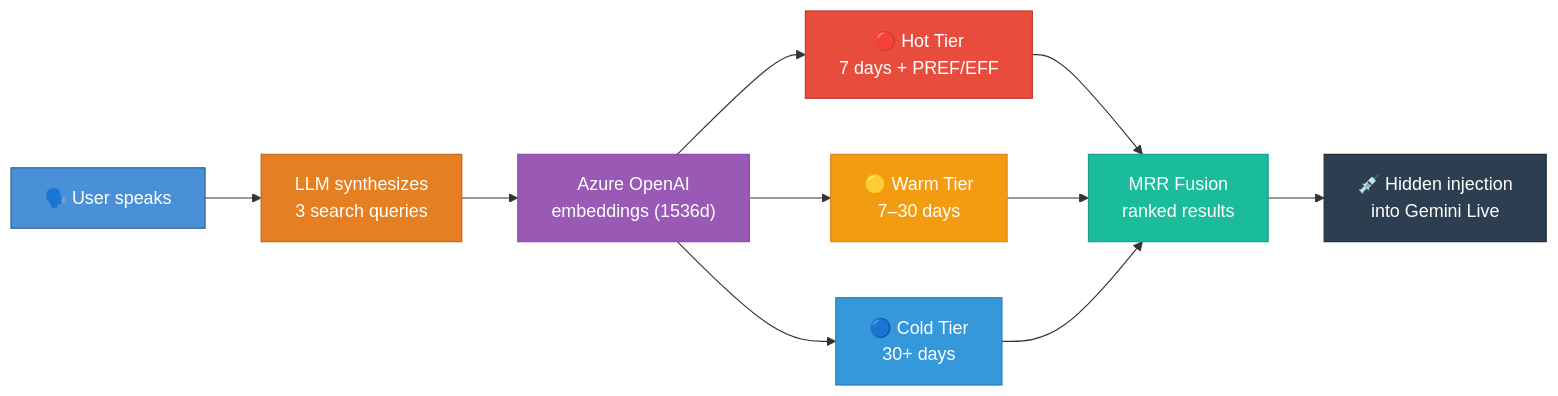
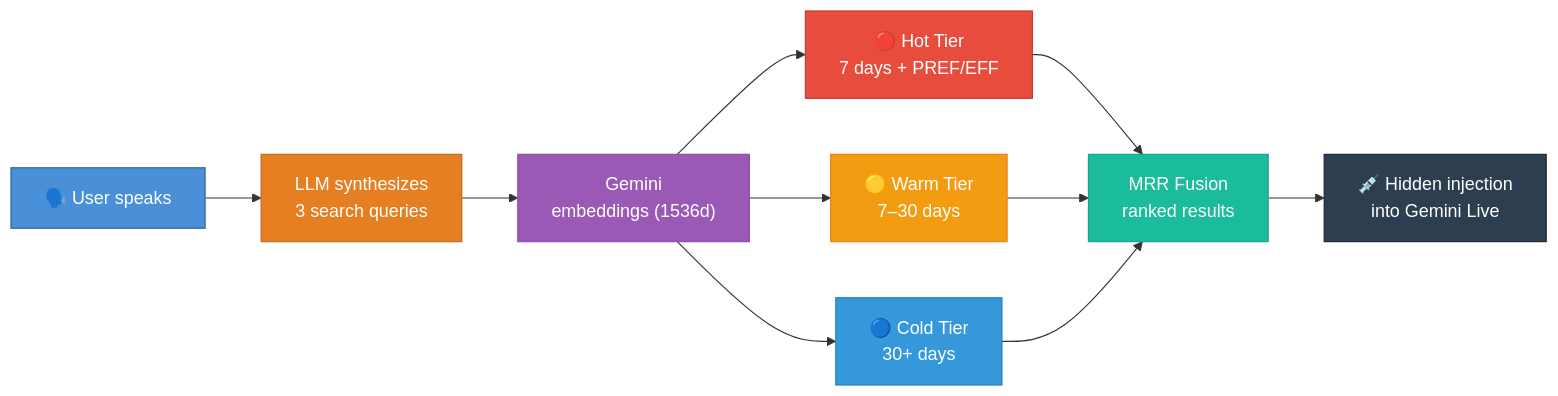
Before and after one commit to sylmmhy/Lumi: the third of 3 diagrams in README.md, drawn with Mermaid. The commit also changed other lines of this file, not shown here.

Commit message:
Update README for Gemini text and embedding model names

````diff
--- a/README.md
+++ b/README.md
@@ -99,21 +99,21 @@
 ```mermaid
 flowchart LR
     SPEAK["🗣️ User speaks"] --> SYNTH["LLM synthesizes<br/>3 search queries"]
-    SYNTH --> EMBED["Azure OpenAI<br/>embeddings (1536d)"]
+    SYNTH --> EMBED["Gemini<br/>embeddings (1536d)"]
     EMBED --> HOT["🔴 Hot Tier<br/>7 days + PREF/EFF"]
     EMBED --> WARM["🟡 Warm Tier<br/>7–30 days"]
     EMBED --> COLD["🔵 Cold Tier<br/>30+ days"]
     HOT --> MRR["MRR Fusion<br/>ranked results"]
     WARM --> MRR
     COLD --> MRR
     MRR --> INJECT["💉 Hidden injection<br/>into Gemini Live"]
 
     style SPEAK fill:#4A90D9,stroke:#2C5F8A,color:#fff
     style SYNTH fill:#E67E22,stroke:#C0651A,color:#fff
     style EMBED fill:#9B59B6,stroke:#8E44AD,color:#fff
     style HOT fill:#E74C3C,stroke:#C0392B,color:#fff
     style WARM fill:#F39C12,stroke:#E67E22,color:#fff
     style COLD fill:#3498DB,stroke:#2980B9,color:#fff
     style MRR fill:#1ABC9C,stroke:#16A085,color:#fff
     style INJECT fill:#2C3E50,stroke:#1A252F,color:#fff
 ```
````
